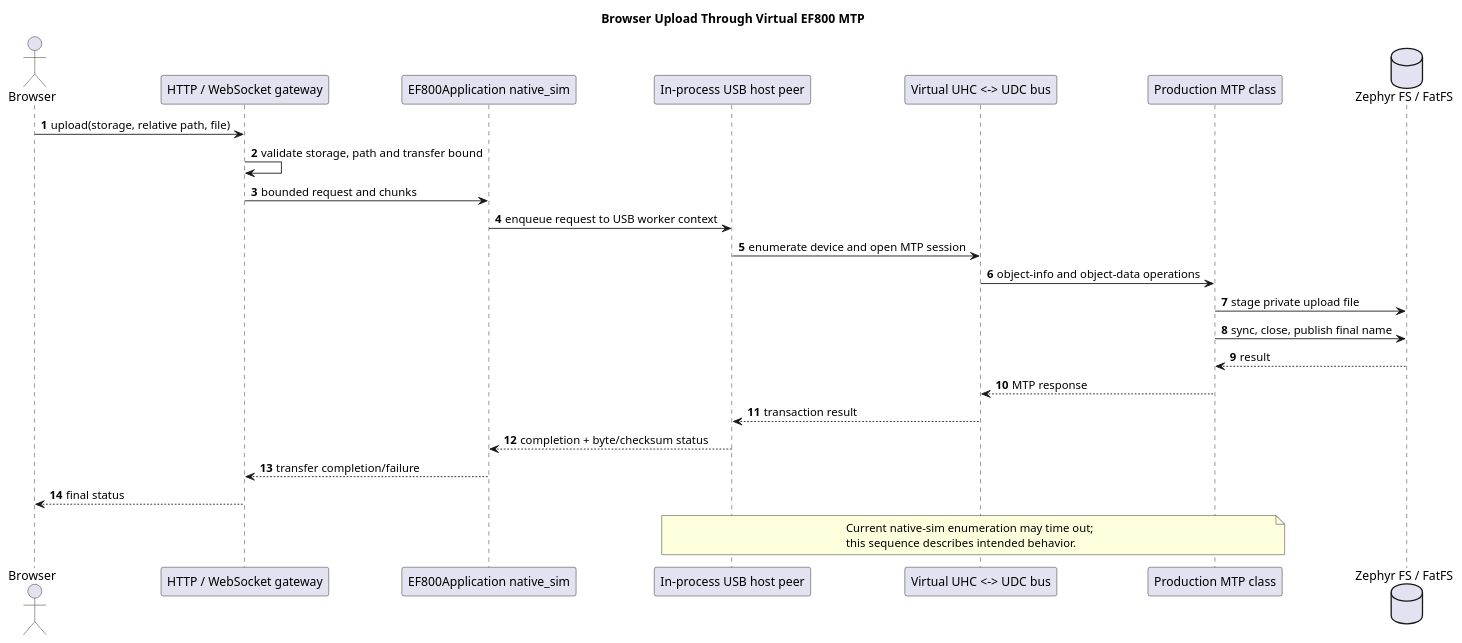
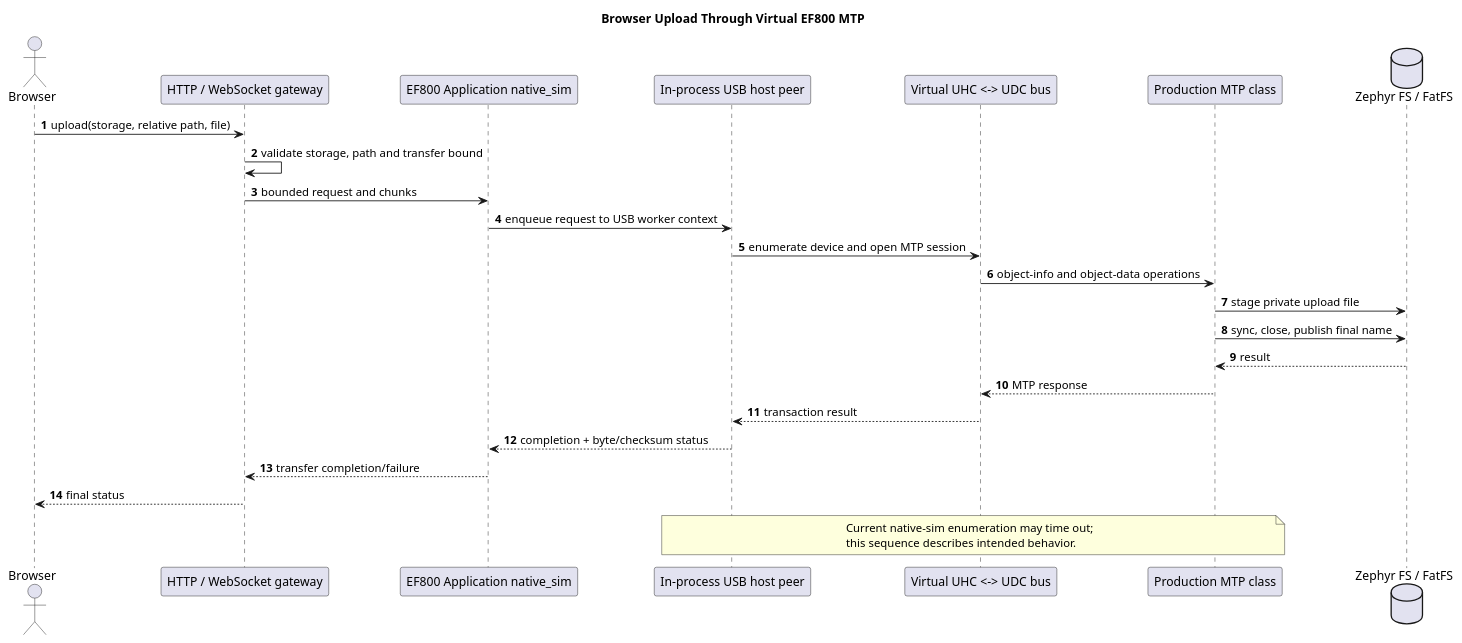
One commit to jaster-prj/EF800-Zephyr changed the diagram in architecture/diagram_as_code/06_runtime_view/virtual_mtp_upload.puml. Above: the diagram before and after it, drawn with PlantUML. The commit also changed 294 other files, not shown here.

```diff
--- a/architecture/diagram_as_code/06_runtime_view/virtual_mtp_upload.puml
+++ b/architecture/diagram_as_code/06_runtime_view/virtual_mtp_upload.puml
@@ -1,32 +1,32 @@
 @startuml virtual_mtp_upload
 title Browser Upload Through Virtual EF800 MTP
 autonumber
 
 actor Browser
 participant "HTTP / WebSocket gateway" as Gateway
-participant "EF800Application native_sim" as Sim
+participant "EF800 Application native_sim" as Sim
 participant "In-process USB host peer" as Peer
 participant "Virtual UHC <-> UDC bus" as Bus
 participant "Production MTP class" as MTP
 database "Zephyr FS / FatFS" as FS
 
 Browser -> Gateway : upload(storage, relative path, file)
 Gateway -> Gateway : validate storage, path and transfer bound
 Gateway -> Sim : bounded request and chunks
 Sim -> Peer : enqueue request to USB worker context
 Peer -> Bus : enumerate device and open MTP session
 Bus -> MTP : object-info and object-data operations
 MTP -> FS : stage private upload file
 MTP -> FS : sync, close, publish final name
 FS --> MTP : result
 MTP --> Bus : MTP response
 Bus --> Peer : transaction result
 Peer --> Sim : completion + byte/checksum status
 Sim --> Gateway : transfer completion/failure
 Gateway --> Browser : final status
 
 note over Peer, MTP
   Current native-sim enumeration may time out;
   this sequence describes intended behavior.
 end note
 @enduml
```
